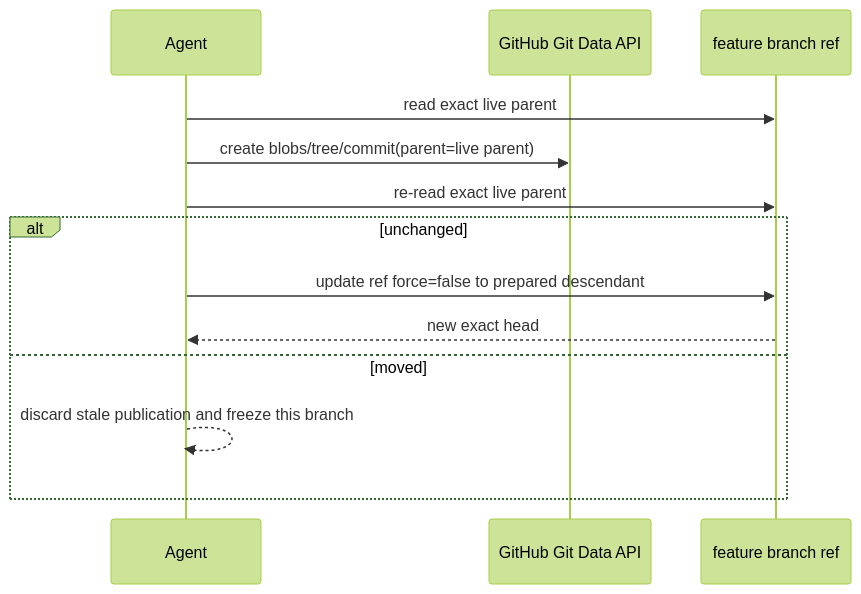
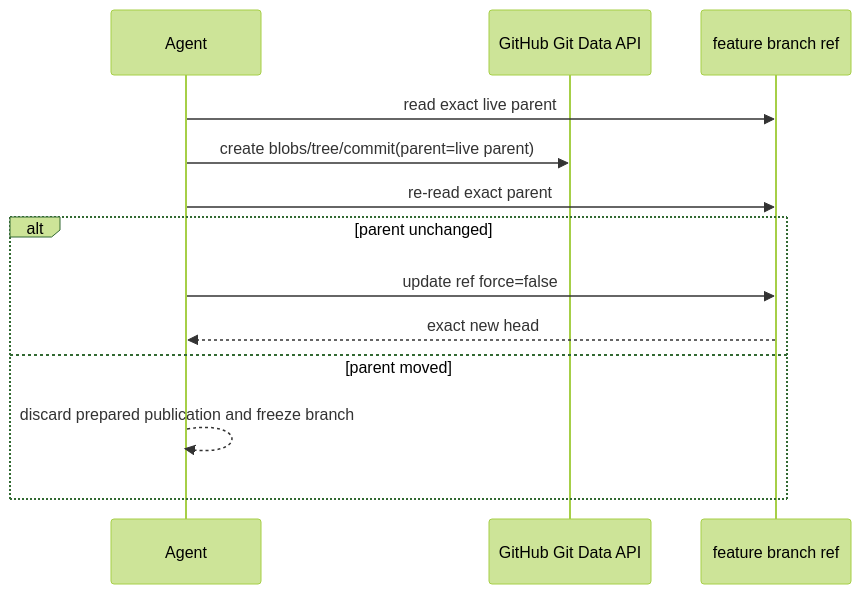
Before and after one commit to ContextualWisdomLab/mightyETL: diagram 12 of 16 in docs/UML.md, drawn with Mermaid (forest theme). The commit also changed other lines of this file, not shown here.

Commit message:
docs: add identity recovery DLT and release UML

````diff
--- a/docs/UML.md
+++ b/docs/UML.md
@@ -295,16 +278,16 @@
 ```mermaid
 sequenceDiagram
     participant Agent
-    participant API as GitHub Git Data API
+    participant GitData as GitHub Git Data API
     participant Ref as feature branch ref
 
     Agent->>Ref: read exact live parent
-    Agent->>API: create blobs/tree/commit(parent=live parent)
-    Agent->>Ref: re-read exact live parent
-    alt unchanged
-        Agent->>Ref: update ref force=false to prepared descendant
-        Ref-->>Agent: new exact head
-    else moved
-        Agent-->>Agent: discard stale publication and freeze this branch
+    Agent->>GitData: create blobs/tree/commit(parent=live parent)
+    Agent->>Ref: re-read exact parent
+    alt parent unchanged
+        Agent->>Ref: update ref force=false
+        Ref-->>Agent: exact new head
+    else parent moved
+        Agent-->>Agent: discard prepared publication and freeze branch
     end
 ```
````
